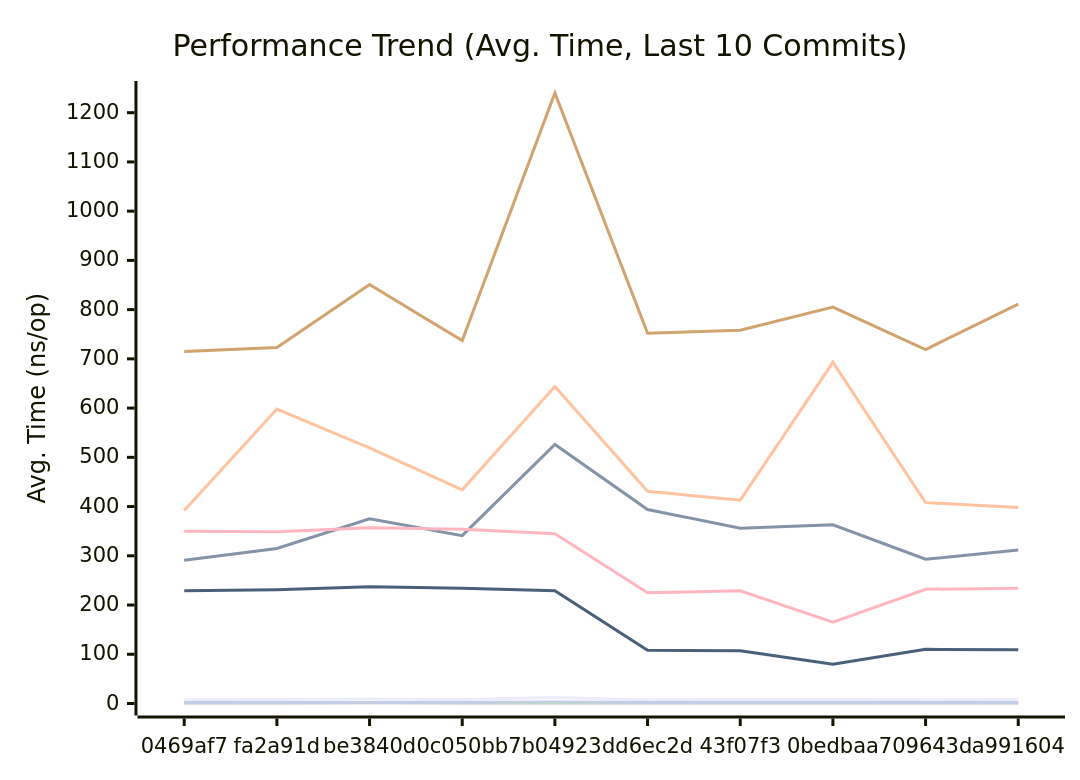
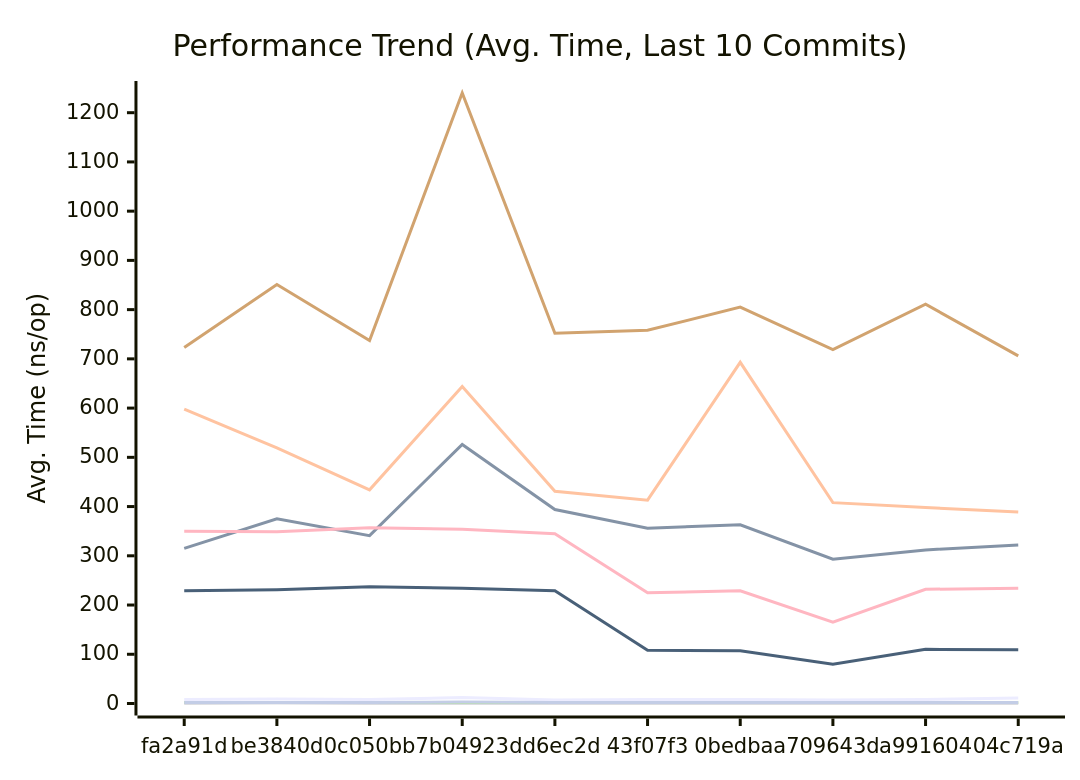
One commit to alsotoes/momo changed the first of 3 diagrams in docs/PERFORMANCE.md. Above: the diagram before and after it, drawn with Mermaid. The commit also changed other lines of this file and 3 other files, not shown here.

````diff
--- a/docs/PERFORMANCE.md
+++ b/docs/PERFORMANCE.md
@@ -80,16 +80,16 @@
 ```mermaid
 xychart-beta
     title "Performance Trend (Avg. Time, Last 10 Commits)"
     x-axis "Commit"
     y-axis "Avg. Time (ns/op)"
-    x-axis [0469af7,fa2a91d,be3840d,0c050bb,7b04923,dd6ec2d,43f07f3,0bedbaa,709643d,a991604]
-    line "CheckMetricsAndSwap" [7,8,9,8,12,7,8,8,7,8]
-    line "CrushOptimized" [291,315,375,341,526,394,356,363,293,312]
-    line "CrushOriginal" [392,598,519,434,644,431,413,693,408,398]
-    line "IndexDirectTracking" [0,0,1,0,0,0,0,0,0,0]
+    x-axis [fa2a91d,be3840d,0c050bb,7b04923,dd6ec2d,43f07f3,0bedbaa,709643d,a991604,04c719a]
+    line "CheckMetricsAndSwap" [8,9,8,12,7,8,8,7,8,11]
+    line "CrushOptimized" [315,375,341,526,394,356,363,293,312,322]
+    line "CrushOriginal" [598,519,434,644,431,413,693,408,398,389]
+    line "IndexDirectTracking" [0,1,0,0,0,0,0,0,0,0]
     line "IndexSearch" [2,2,2,2,2,2,2,2,2,2]
-    line "LoadGlobalConfig" [715,723,851,737,1240,752,758,805,719,811]
-    line "PadString" [2,2,2,2,3,2,2,2,2,2]
+    line "LoadGlobalConfig" [723,851,737,1240,752,758,805,719,811,706]
+    line "PadString" [2,2,2,3,2,2,2,2,2,2]
     line "ParseReplicationOrder_NoPrealloc" [350,349,357,354,345,225,229,165,232,234]
     line "ParseReplicationOrder_Prealloc" [229,231,237,234,229,108,107,80,110,109]
 ```
````
